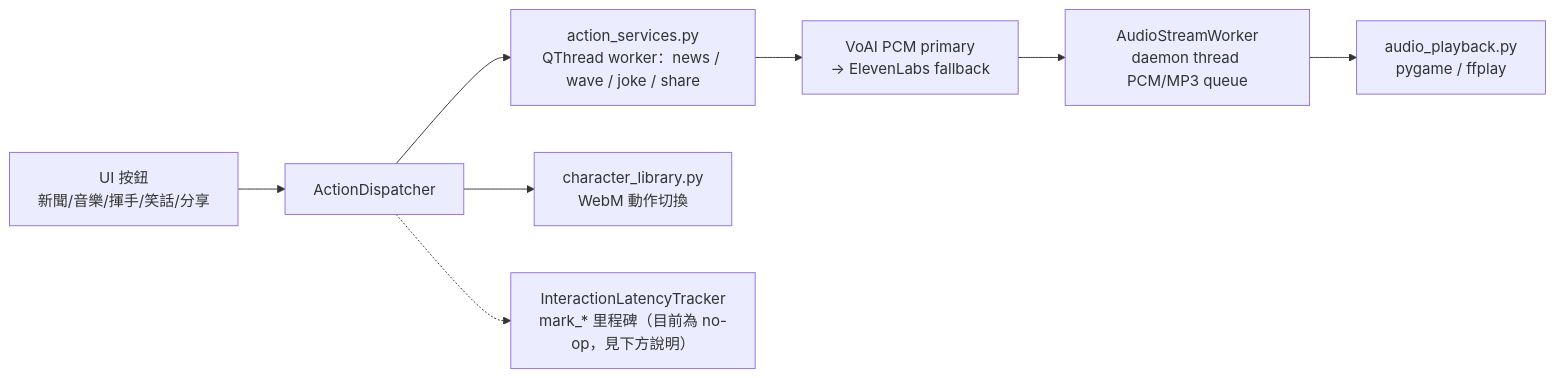
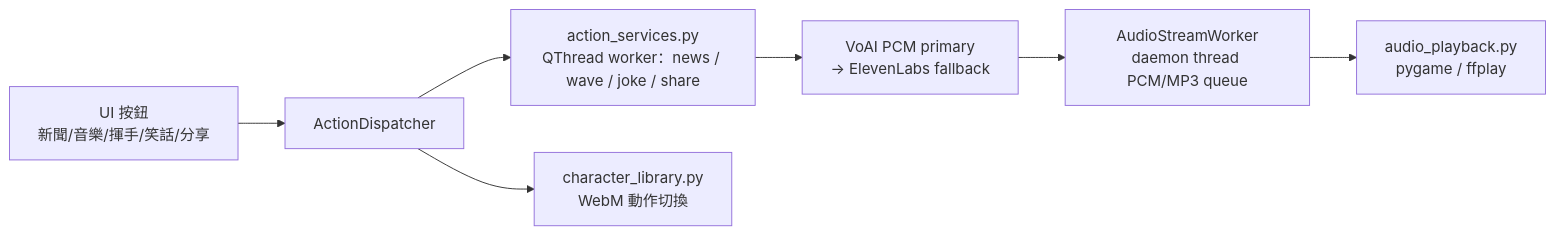
One commit to Jason25684531/Virtual-Pet changed the second of 2 diagrams in README.md. Above: the diagram before and after it, drawn with Mermaid. The commit also changed other lines of this file and 32 other files, not shown here.

````diff
--- a/README.md
+++ b/README.md
@@ -47,10 +57,9 @@
 ```mermaid
 flowchart LR
     UI[UI 按鈕<br>新聞/音樂/揮手/笑話/分享] --> DISP[ActionDispatcher]
     DISP --> SVC[action_services.py<br>QThread worker：news / wave / joke / share]
     SVC --> TTS[VoAI PCM primary<br>→ ElevenLabs fallback]
     TTS --> AW[AudioStreamWorker<br>daemon thread PCM/MP3 queue]
     AW --> PLAY[audio_playback.py<br>pygame / ffplay]
     DISP --> MOTION[character_library.py<br>WebM 動作切換]
-    DISP -.-> TRACE[InteractionLatencyTracker<br>mark_* 里程碑（目前為 no-op，見下方說明）]
 ```
````
